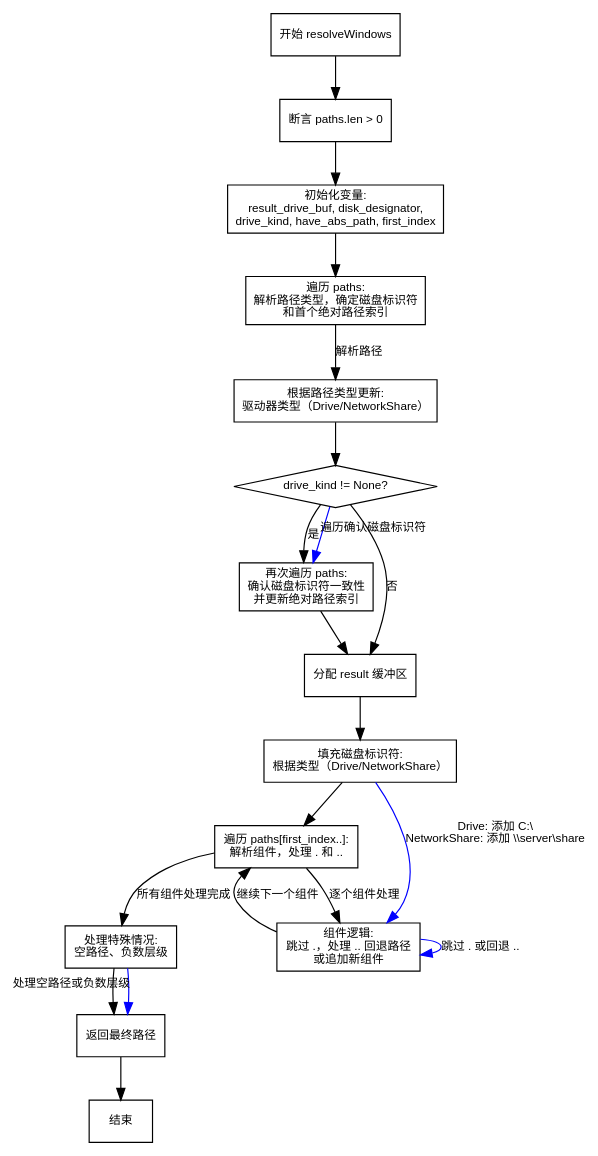
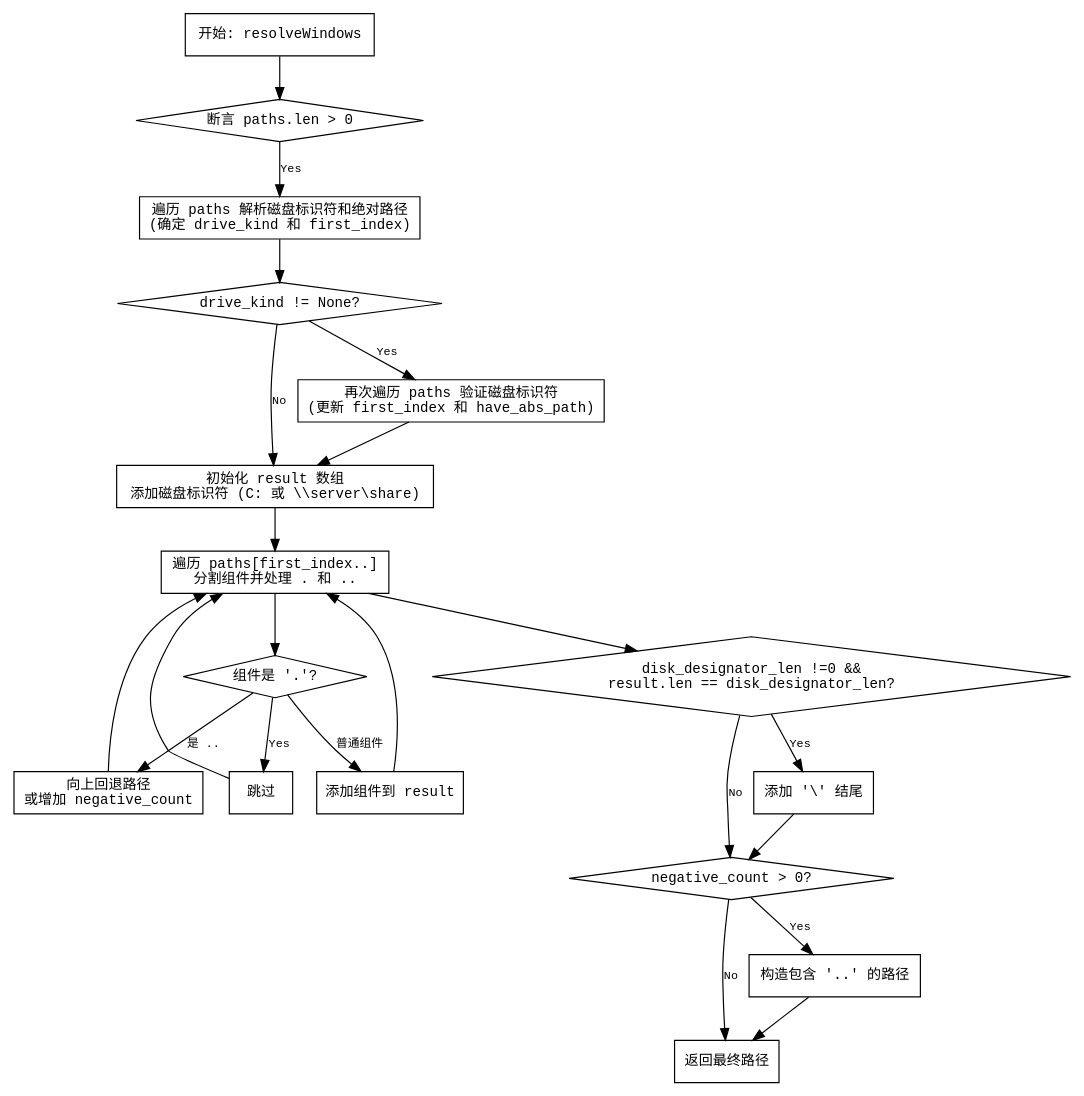
Before and after one commit to sdzx-1/deepseek-zig-reader: the diagram in dot_std/fs/path.zig.resolveWindows.md, drawn with Graphviz. The commit also changed other lines of this file and 236 other files, not shown here.

````diff
--- a/dot_std/fs/path.zig.resolveWindows.md
+++ b/dot_std/fs/path.zig.resolveWindows.md
@@ -16,44 +34,48 @@
 ```dot
 digraph flowchart {
-    node [shape=rectangle, fontname="Arial", fontsize=10];
-    edge [fontname="Arial", fontsize=10];
+    node [shape=rectangle, fontname="Courier", fontsize=12];
+    edge [fontname="Courier", fontsize=10];
 
-    start [label="开始 resolveWindows"];
-    check_paths_non_empty [label="断言 paths.len > 0"];
-    init_vars [label="初始化变量:\nresult_drive_buf, disk_designator,\ndrive_kind, have_abs_path, first_index"];
-    first_loop [label="遍历 paths:\n解析路径类型，确定磁盘标识符\n和首个绝对路径索引"];
-    determine_drive [label="根据路径类型更新:\n驱动器类型（Drive/NetworkShare）"];
-    check_drive_kind [label="drive_kind != None?" shape=diamond];
-    second_loop [label="再次遍历 paths:\n确认磁盘标识符一致性\n并更新绝对路径索引"];
-    alloc_result [label="分配 result 缓冲区"];
-    fill_disk_designator [label="填充磁盘标识符:\n根据类型（Drive/NetworkShare）"];
-    process_components [label="遍历 paths[first_index..]:\n解析组件，处理 . 和 .."];
-    component_logic [label="组件逻辑:\n跳过 .，处理 .. 回退路径\n或追加新组件"];
-    handle_special_cases [label="处理特殊情况:\n空路径、负数层级"];
-    finalize_result [label="返回最终路径"];
-    end [label="结束"];
+    start [label="开始: resolveWindows"];
+    check_paths_empty [label="断言 paths.len > 0", shape=diamond];
+    parse_initial_loop [label="遍历 paths 解析磁盘标识符和绝对路径\n(确定 drive_kind 和 first_index)"];
+    check_drive_kind [label="drive_kind != None?", shape=diamond];
+    second_loop [label="再次遍历 paths 验证磁盘标识符\n(更新 first_index 和 have_abs_path)"];
+    init_result [label="初始化 result 数组\n添加磁盘标识符 (C: 或 \\\\server\\share)"];
+    process_components [label="遍历 paths[first_index..]\n分割组件并处理 . 和 .."];
+    check_component [label="组件是 '.'?", shape=diamond];
+    handle_dot [label="跳过"];
+    handle_dotdot [label="向上回退路径\n或增加 negative_count"];
+    add_component [label="添加组件到 result"];
+    check_result_len [label="disk_designator_len !=0 &&\nresult.len == disk_designator_len?", shape=diamond];
+    add_final_slash [label="添加 '\\' 结尾"];
+    check_negative_count [label="negative_count > 0?", shape=diamond];
+    build_negative_path [label="构造包含 '..' 的路径"];
+    return_result [label="返回最终路径"];
 
-    start -> check_paths_non_empty;
-    check_paths_non_empty -> init_vars;
-    init_vars -> first_loop;
-    first_loop -> determine_drive [label="解析路径"];
-    determine_drive -> check_drive_kind;
-    check_drive_kind -> second_loop [label="是"];
-    check_drive_kind -> alloc_result [label="否"];
-    second_loop -> alloc_result;
-    alloc_result -> fill_disk_designator;
-    fill_disk_designator -> process_components;
-    process_components -> component_logic [label="逐个组件处理"];
-    component_logic -> process_components [label="继续下一个组件"];
-    process_components -> handle_special_cases [label="所有组件处理完成"];
-    handle_special_cases -> finalize_result;
-    finalize_result -> end;
-
-    // 分支逻辑细化
-    edge [color=blue];
-    check_drive_kind -> second_loop [xlabel="遍历确认磁盘标识符"];
-    fill_disk_designator -> component_logic [xlabel="Drive: 添加 C:\\\nNetworkShare: 添加 \\\\server\\share"];
-    component_logic -> component_logic [label="跳过 . 或回退 .."];
-    handle_special_cases -> finalize_result [xlabel="处理空路径或负数层级"];
+    start -> check_paths_empty;
+    check_paths_empty -> parse_initial_loop [label="Yes"];
+    parse_initial_loop -> check_drive_kind;
+    check_drive_kind -> second_loop [label="Yes"];
+    check_drive_kind -> init_result [label="No"];
+    second_loop -> init_result;
+    init_result -> process_components;
+    
+    process_components -> check_component;
+    check_component -> handle_dot [label="Yes"];
+    check_component -> handle_dotdot [label="是 .."];
+    handle_dot -> process_components;
+    handle_dotdot -> process_components;
+    check_component -> add_component [label="普通组件"];
+    add_component -> process_components;
+    
+    process_components -> check_result_len;
+    check_result_len -> add_final_slash [label="Yes"];
+    add_final_slash -> check_negative_count;
+    check_result_len -> check_negative_count [label="No"];
+    
+    check_negative_count -> build_negative_path [label="Yes"];
+    check_negative_count -> return_result [label="No"];
+    build_negative_path -> return_result;
 }
 ```
````
